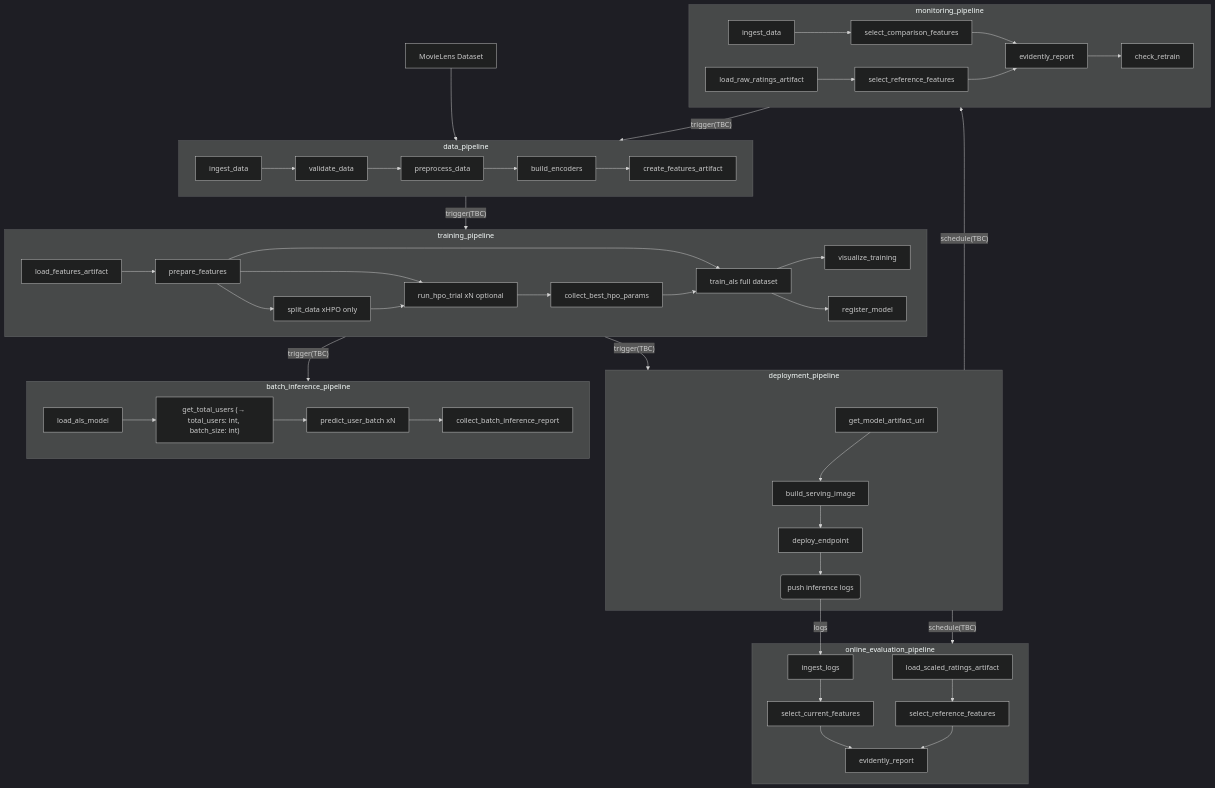
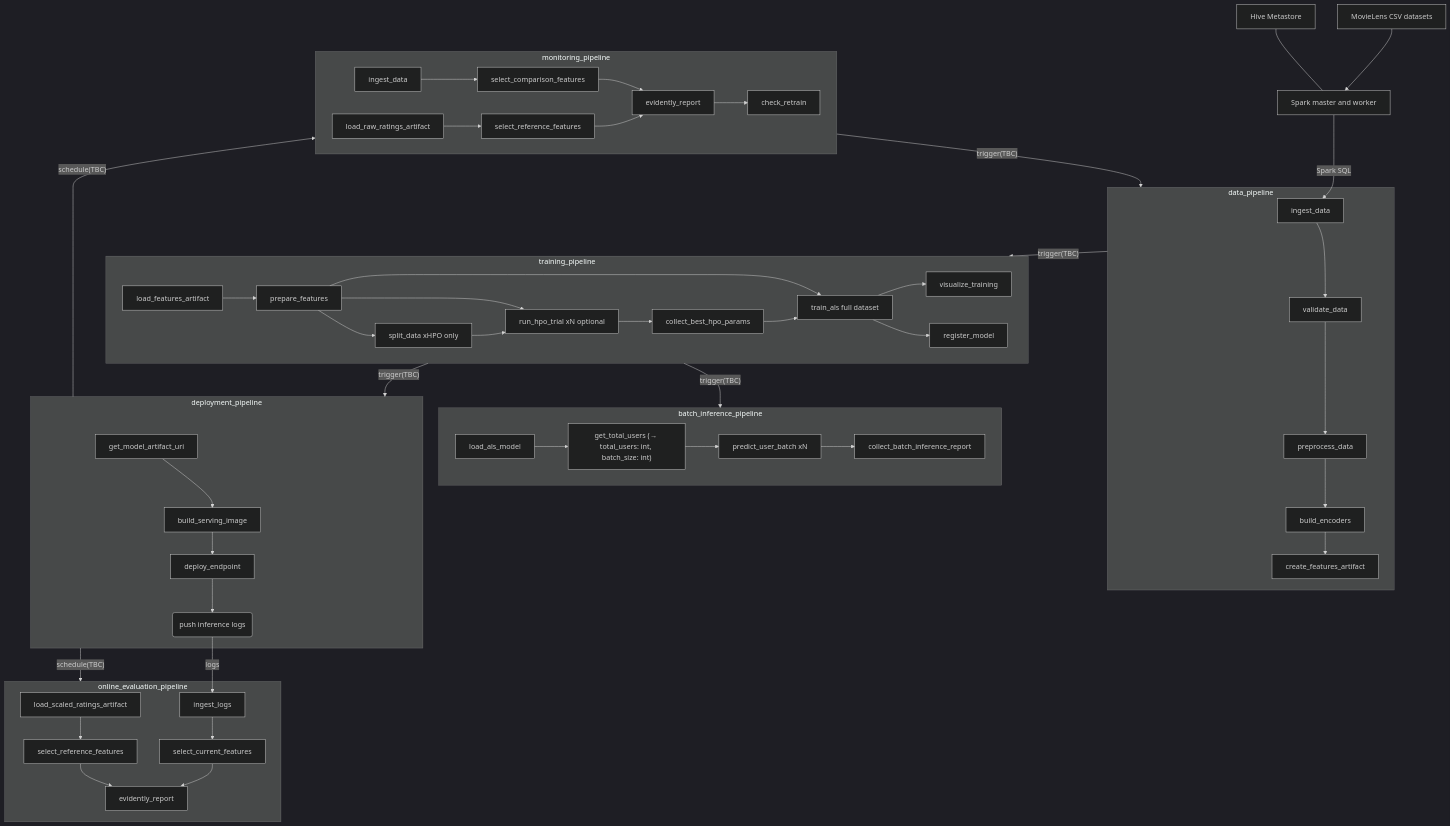
Before and after one commit to sagadana/zenml-mlops: the diagram in workflows/matrix_factorization/SPEC.md, drawn with Mermaid (dark theme). The commit also changed other lines of this file and 28 other files, not shown here.

Commit message:
add support for spark and hive

````diff
--- a/workflows/matrix_factorization/SPEC.md
+++ b/workflows/matrix_factorization/SPEC.md
@@ -21,51 +21,54 @@
 ```mermaid
 graph TD
+
+    A[MovieLens CSV datasets] --> S[Spark master and worker]
+    H[Hive Metastore] --- S
+    S -->|Spark SQL| D1
 
     subgraph D[data_pipeline]
         D1[ingest_data] --> D2[validate_data] --> D2a[preprocess_data] --> D3[build_encoders] --> D4[create_features_artifact]
     end
 
     subgraph T[training_pipeline]
         T0[load_features_artifact] --> T1[prepare_features]
         T1 --> T5[run_hpo_trial xN optional]
         T1 --> T4[split_data xHPO only]
         T4 --> T5
         T5 --> T6[collect_best_hpo_params]
         T1 --> T7[train_als full dataset]
         T6 --> T7
         T7 --> T8[visualize_training]
         T7 --> T11[register_model]
     end
 
     subgraph BI[batch_inference_pipeline]
         S1[load_als_model] --> S1a["get_total_users (→ total_users: int, batch_size: int)"]
         S1a --> S2[predict_user_batch xN] --> S3[collect_batch_inference_report]
     end
 
     subgraph DP[deployment_pipeline]
         S4[get_model_artifact_uri] --> S5[build_serving_image] --> S6[deploy_endpoint] --> S6-a(push inference logs)
     end
 
     subgraph M[monitoring_pipeline]
         M1[load_raw_ratings_artifact] --> M1a[select_reference_features]
         M2[ingest_data] --> M2a[select_comparison_features] --> M3[evidently_report]
         M1a --> M3
         M3 --> M5[check_retrain]
     end
 
     subgraph OE[online_evaluation_pipeline]
         OE1[load_scaled_ratings_artifact] --> OE1a[select_reference_features]
         OE2[ingest_logs] --> OE2a[select_current_features] --> OE3[evidently_report]
         OE1a --> OE3
     end
 
-    A[MovieLens Dataset] --> D
     D -->|"trigger(TBC)"| T
     T -->|"trigger(TBC)"| BI
     T -->|"trigger(TBC)"| DP
     DP -->|"schedule(TBC)"| M
     DP -->|"schedule(TBC)"| OE
     S6-a -->|logs| OE2
     M -->|"trigger(TBC)"| D
 
 ```
````
